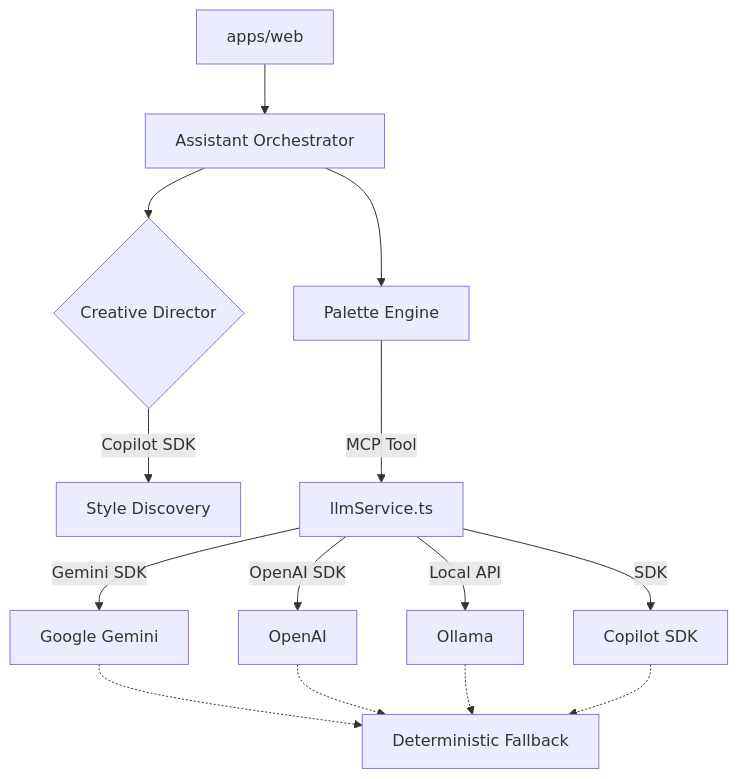
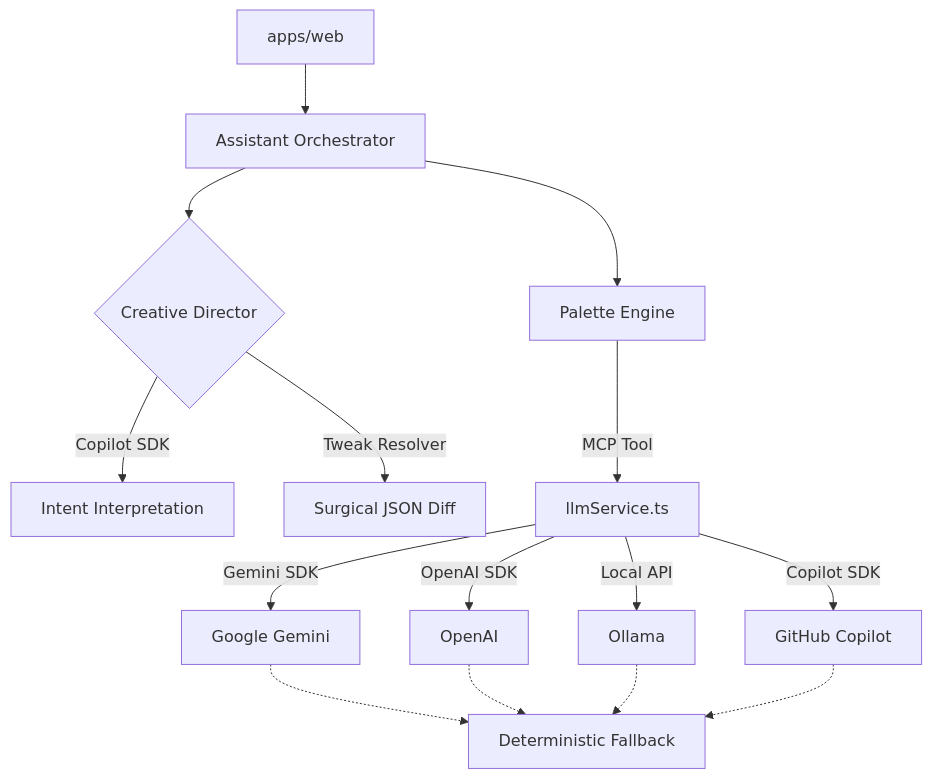
Before and after one commit to serguei9090/theme-ai-generator: the diagram in docs/architecture.md, drawn with Mermaid. The commit also changed other lines of this file and 36 other files, not shown here.

````diff
--- a/docs/architecture.md
+++ b/docs/architecture.md
@@ -9,16 +9,17 @@
 ```mermaid
 graph TD
     A[apps/web] --> B[Assistant Orchestrator]
     B --> C{Creative Director}
-    C -->|Copilot SDK| D[Style Discovery]
-    B --> E[Palette Engine]
-    E -->|MCP Tool| F[llmService.ts]
-    F -->|Gemini SDK| G[Google Gemini]
-    F -->|OpenAI SDK| H[OpenAI]
-    F -->|Local API| I[Ollama]
-    F -->|SDK| J[Copilot SDK]
-    G -.-> K[Deterministic Fallback]
-    H -.-> K
-    I -.-> K
-    J -.-> K
+    C -->|Copilot SDK| D[Intent Interpretation]
+    C -->|Tweak Resolver| E[Surgical JSON Diff]
+    B --> F[Palette Engine]
+    F -->|MCP Tool| G[llmService.ts]
+    G -->|Gemini SDK| H[Google Gemini]
+    G -->|OpenAI SDK| I[OpenAI]
+    G -->|Local API| J[Ollama]
+    G -->|Copilot SDK| K[GitHub Copilot]
+    H -.-> L[Deterministic Fallback]
+    I -.-> L
+    J -.-> L
+    K -.-> L
 ```
````
